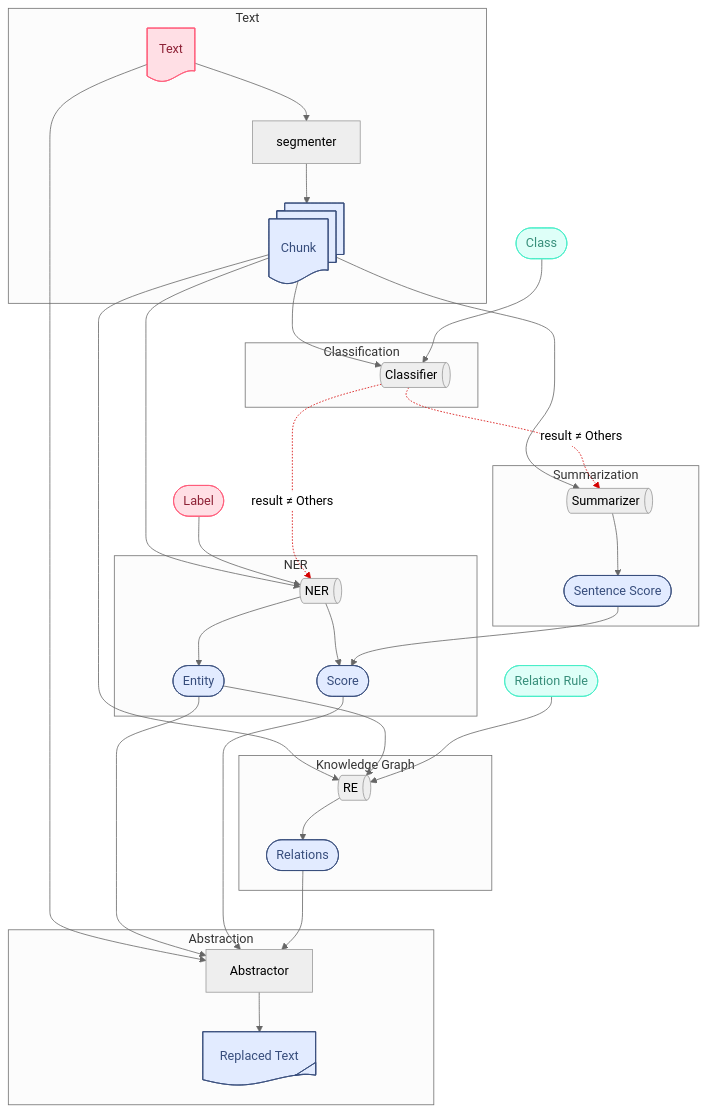
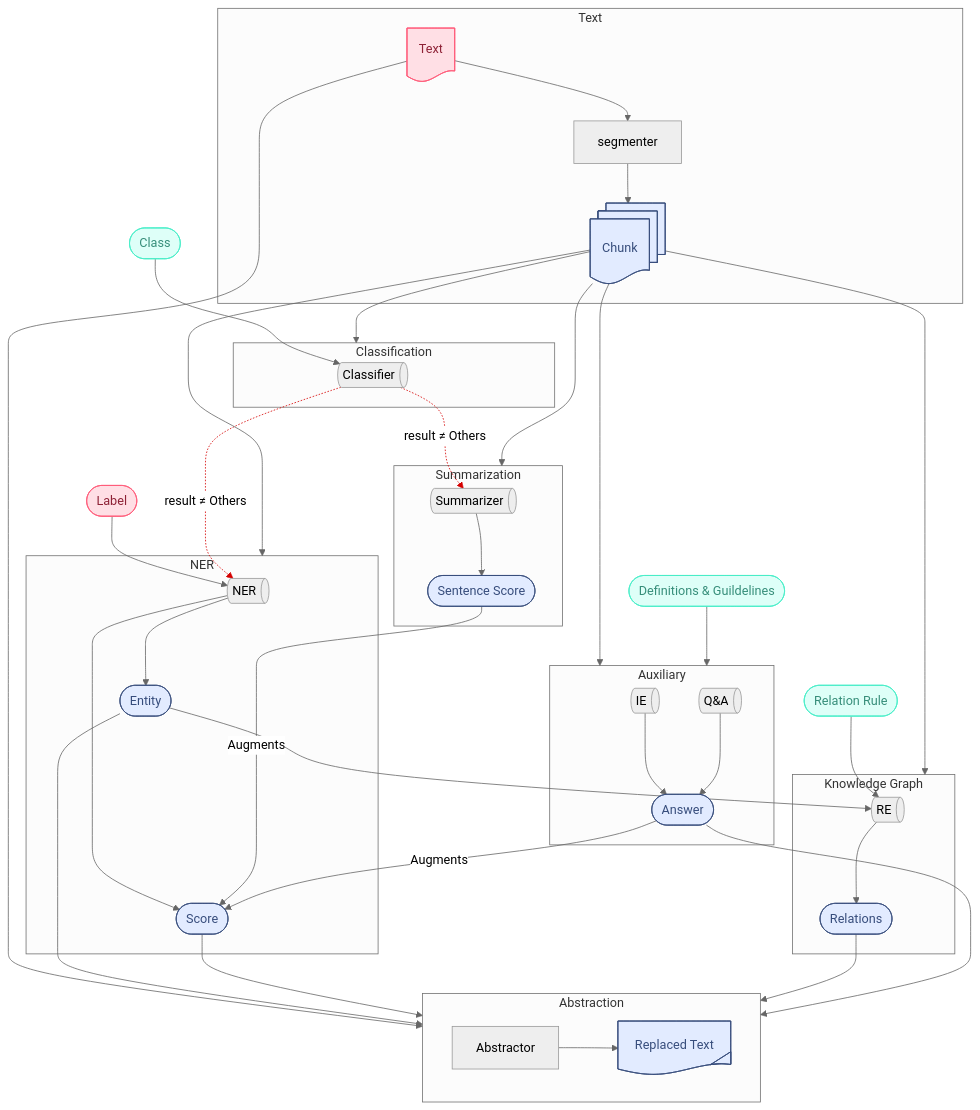
One commit to lucid327/GLiNER changed the diagram in README.md. Above: the diagram before and after it, drawn with Mermaid (neutral theme).

````diff
--- a/README.md
+++ b/README.md
@@ -29,25 +29,36 @@
         segmenter["segmenter"]
         Chunk["Chunk"]
   end
-    Chunk --> NER & Summarizer & Classifier & RE
-    Text --> Abstractor & segmenter
+ subgraph Aux["Auxiliary"]
+        IE["IE"]
+        QA["Q&A"]
+        Answer(["Answer"])
+  end
+    Chunk --> NER_Class & Summarization & Classification & KG & Aux
+    Text --> Abstraction & segmenter
     Label(["Label"]) --> NER
     NER --> Entity & Score
     Summarizer --> SentenceScore
-    SentenceScore --> Score
+    SentenceScore --Augments--> Score
     Class(["Class"]) --> Classifier
     Classifier -. result ≠ Others .-> NER & Summarizer
-    Entity --> Abstractor & RE
-    Score --> Abstractor
-    Relations --> Abstractor
+    Entity --> Abstraction & RE
+    Score --> Abstraction
+    Relations --> Abstraction
     Abstractor --> ReplacedText
     RelationRule(["Relation Rule"]) --> RE
     RE --> Relations
+    Text ~~~ NER_Class & Classification
     Classification ~~~ NER_Class & Summarization
     Summarization ~~~ NER_Class
-    NER_Class ~~~ KG
+    NER_Class ~~~ KG & Aux
     KG ~~~ Abstraction
     segmenter --> Chunk
+    DG(["Definitions &amp; Guildelines"]) --> Aux
+    IE --> Answer
+    QA --> Answer
+    Answer --Augments--> Score
+    Answer --> Abstraction
     Classifier@{ shape: h-cyl}
     Summarizer@{ shape: h-cyl}
     NER@{ shape: h-cyl}
@@ -55,6 +66,8 @@
     ReplacedText@{ shape: tag-doc}
     Text@{ shape: doc}
     Chunk@{ shape: docs}
+    IE@{ shape: h-cyl}
+    QA@{ shape: h-cyl}
      SentenceScore:::Sky
      Entity:::Sky
      Score:::Sky
@@ -63,12 +76,14 @@
      Text:::Rose
      Chunk:::Rose
      Chunk:::Sky
+     Answer:::Sky
      Label:::Rose
      Class:::Aqua
      RelationRule:::Aqua
-    classDef Aqua stroke-width:1px,stroke-dasharray:none,stroke:#46EDC8,fill:#DEFFF8,color:#378E7A
+     DG:::Aqua
+    classDef Rose stroke-width:1px, stroke-dasharray:none, stroke:#FF5978, fill:#FFDFE5, color:#8E2236
+    classDef Aqua stroke-width:1px, stroke-dasharray:none, stroke:#46EDC8, fill:#DEFFF8, color:#378E7A
     classDef Sky stroke-width:1px, stroke-dasharray:none, stroke:#374D7C, fill:#E2EBFF, color:#374D7C
-    classDef Rose stroke-width:1px, stroke-dasharray:none, stroke:#FF5978, fill:#FFDFE5, color:#8E2236
-    linkStyle 12 stroke:#D50000,fill:none
     linkStyle 13 stroke:#D50000,fill:none
+    linkStyle 14 stroke:#D50000,fill:none
 ```
````
